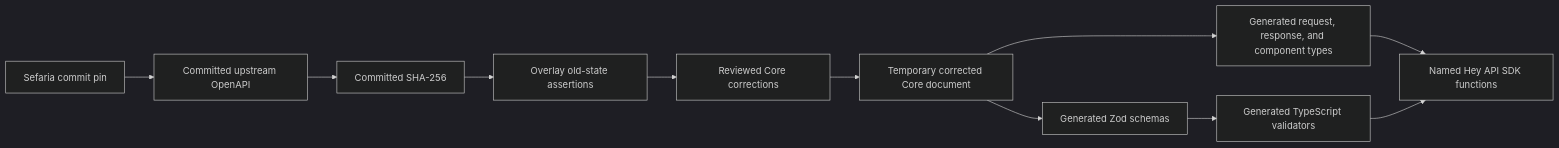
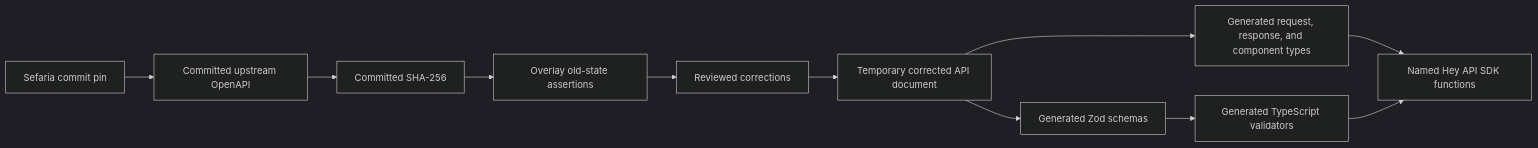
The diagram in docs/specs/client.md (Arithmomaniac/sefaria-frontend-toolkit), drawn with Mermaid (dark theme) before and after one commit. The commit also changed other lines of this file and 32 other files, not shown here.

````diff
--- a/docs/specs/client.md
+++ b/docs/specs/client.md
@@ -63,13 +66,13 @@
 ```mermaid
 flowchart LR
     PIN["Sefaria commit pin"] --> INPUT["Committed upstream OpenAPI"]
     INPUT --> HASH["Committed SHA-256"]
     HASH --> ASSERT["Overlay old-state assertions"]
-    ASSERT --> OVERLAY["Reviewed Core corrections"]
-    OVERLAY --> CORRECTED["Temporary corrected Core document"]
+    ASSERT --> OVERLAY["Reviewed corrections"]
+    OVERLAY --> CORRECTED["Temporary corrected API document"]
     CORRECTED --> TYPES["Generated request, response, and component types"]
     CORRECTED --> SCHEMAS["Generated Zod schemas"]
     SCHEMAS --> VALIDATORS["Generated TypeScript validators"]
     TYPES --> CLIENT["Named Hey API SDK functions"]
     VALIDATORS --> CLIENT
 ```
````
